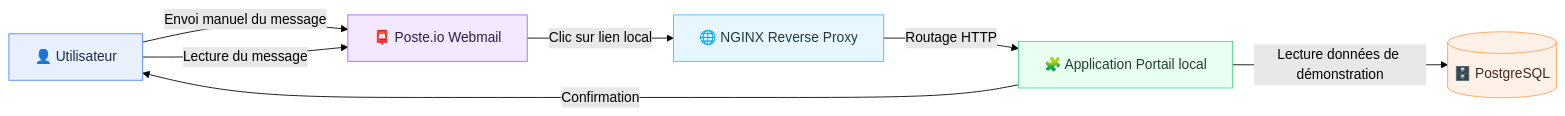
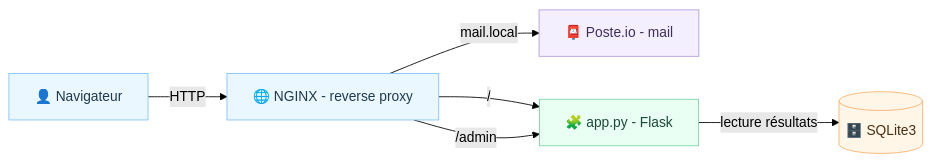
One commit to Alidrix/L_ATELIER changed the second of 2 diagrams in README.md. Above: the diagram before and after it, drawn with Mermaid (forest theme). The commit also changed other lines of this file and 6 other files, not shown here.

Commit message:
Fix mermaid diagram and enrich README styling

````diff
--- a/README.md
+++ b/README.md
@@ -27,21 +51,19 @@
 ```mermaid
 flowchart LR
-  classDef user fill:#E8F0FE,stroke:#4F83FF,color:#1F2A44;
-  classDef mail fill:#F3E8FF,stroke:#9B6BFF,color:#2A1F44;
-  classDef web fill:#E8F7FF,stroke:#3FB8FF,color:#1F3A44;
-  classDef app fill:#E8FFF1,stroke:#4FD88B,color:#1F442A;
-  classDef db fill:#FFF1E8,stroke:#FF9F4F,color:#442A1F;
+  classDef edge fill:#EAF7FF,stroke:#7EC3FF,color:#1F3A4D;
+  classDef mail fill:#F4EFFF,stroke:#B39DDB,color:#3E2F5B;
+  classDef app fill:#E9FFF4,stroke:#78D5A5,color:#1C4A34;
+  classDef db fill:#FFF6E8,stroke:#F6B26B,color:#4A2F12;
 
-  U[👤 Utilisateur]:::user
-  M[📮 Poste.io Webmail]:::mail
-  N[🌐 NGINX Reverse Proxy]:::web
-  A[🧩 Application Portail local]:::app
-  D[(🗄️ PostgreSQL)]:::db
+  U[👤 Navigateur]:::edge
+  N[🌐 NGINX - reverse proxy]:::edge
+  P[📮 Poste.io - mail]:::mail
+  A[🧩 app.py - Flask]:::app
+  D[(🗄️ SQLite3)]:::db
 
-  U -->|Envoi manuel du message| M
-  U -->|Lecture du message| M
-  M -->|Clic sur lien local| N
-  N -->|Routage HTTP| A
-  A -->|Lecture données de démonstration| D
-  A -->|Confirmation| U
+  U -->|HTTP| N
+  N -->|/| A
+  N -->|/admin| A
+  N -->|mail.local| P
+  A -->|lecture résultats| D
 ```
````
